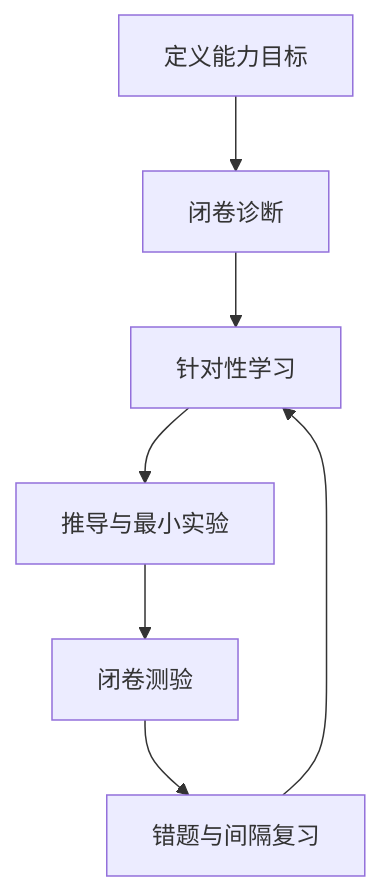
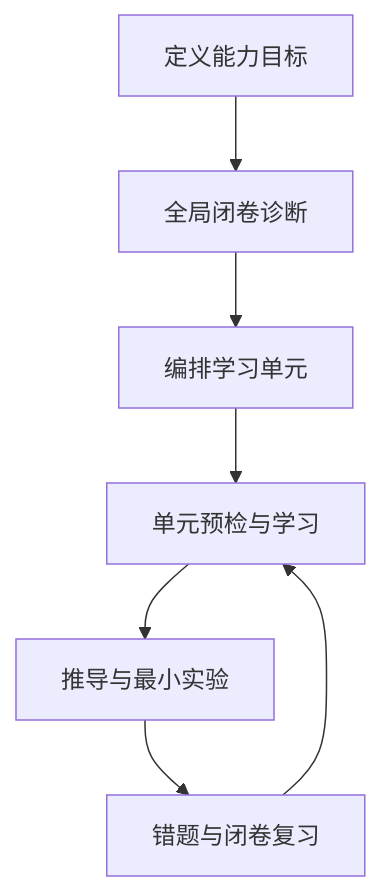
The diagram in README.md (XiaoJiNu/localization-mapping-learning), drawn with Mermaid before and after one commit. The commit also changed other lines of this file and 25 other files, not shown here.

````diff
--- a/README.md
+++ b/README.md
@@ -105,9 +127,9 @@
 ```mermaid
 flowchart TD
-    A[定义能力目标] --> B[闭卷诊断]
-    B --> C[针对性学习]
-    C --> D[推导与最小实验]
-    D --> E[闭卷测验]
-    E --> F[错题与间隔复习]
-    F --> C
+    A[定义能力目标] --> B[全局闭卷诊断]
+    B --> C[编排学习单元]
+    C --> D[单元预检与学习]
+    D --> E[推导与最小实验]
+    E --> F[错题与闭卷复习]
+    F --> D
 ```
````
